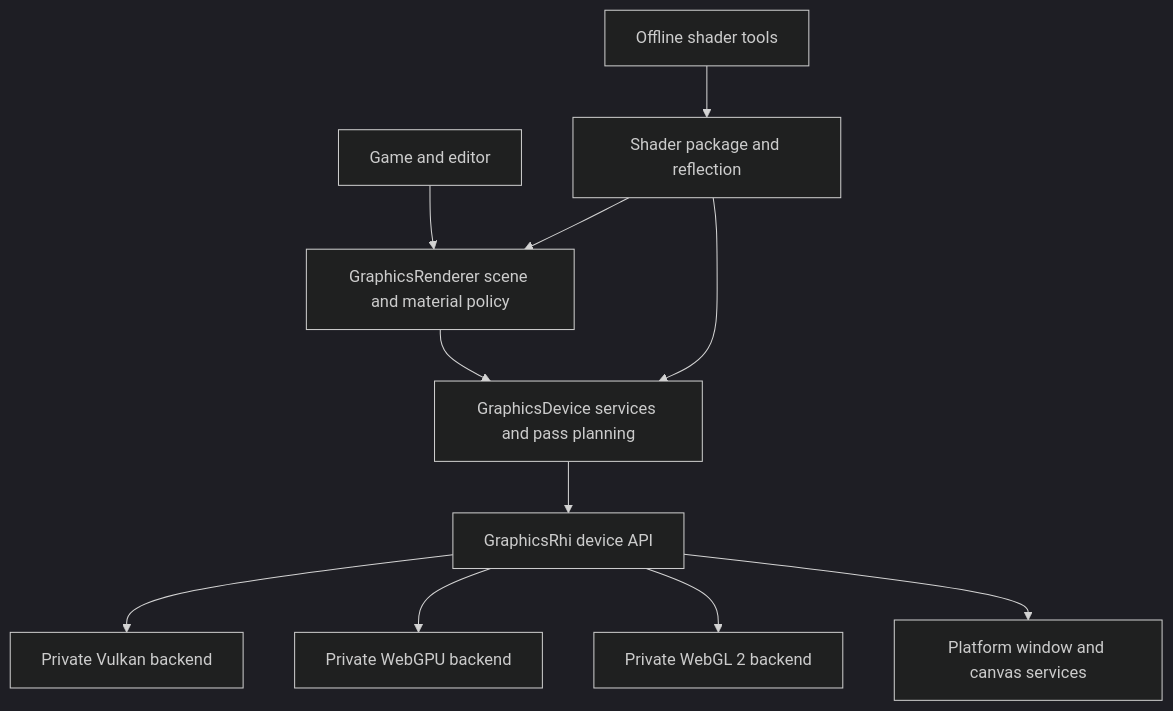
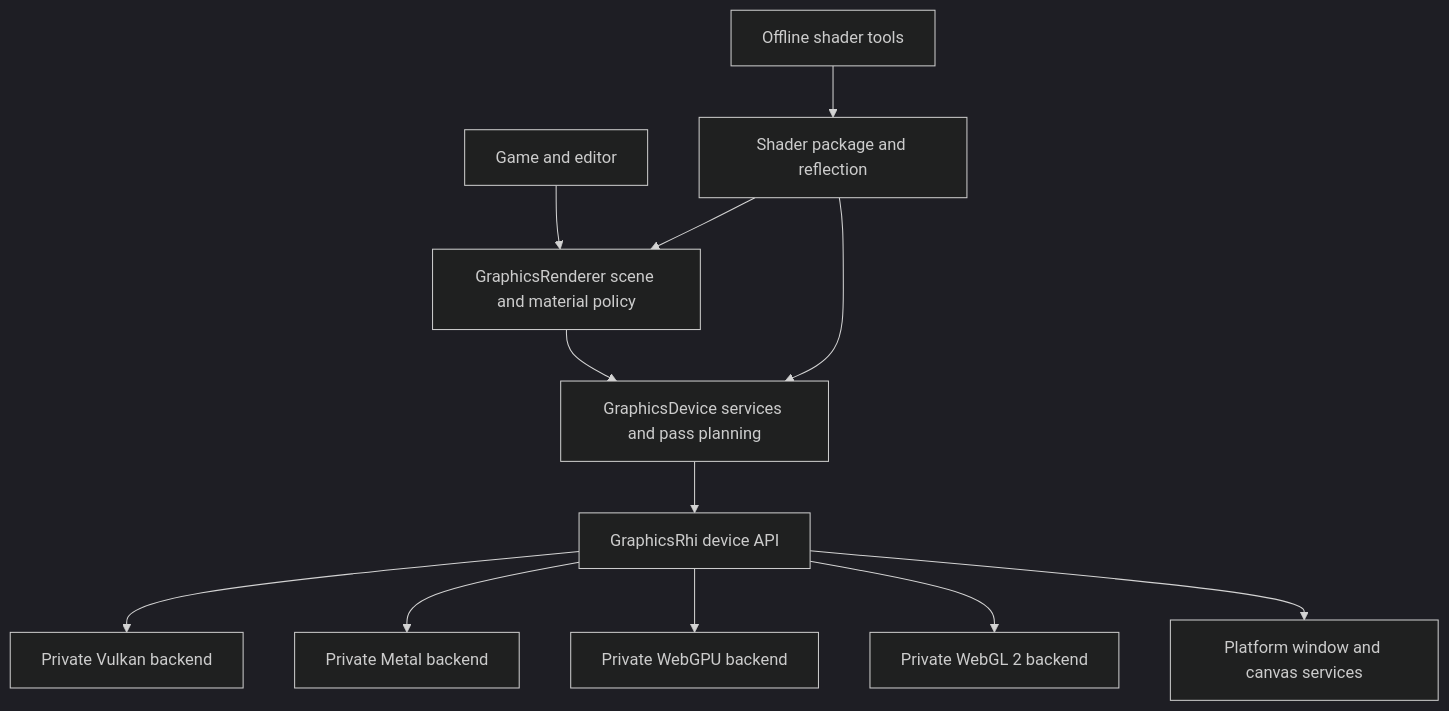
The diagram in docs/architecture/rhi-gdi.md (Alegruz/Ludus), drawn with Mermaid (dark theme) before and after one commit. The commit also changed other lines of this file and 2 other files, not shown here.

Commit message:
docs: plan RHI/GDI research after initial implementation

````diff
--- a/docs/architecture/rhi-gdi.md
+++ b/docs/architecture/rhi-gdi.md
@@ -52,13 +55,14 @@
 ```mermaid
 flowchart TD
     App[Game and editor] --> Renderer[GraphicsRenderer scene and material policy]
     Renderer --> Device[GraphicsDevice services and pass planning]
     Device --> RHI[GraphicsRhi device API]
     RHI --> Vulkan[Private Vulkan backend]
+    RHI --> Metal[Private Metal backend]
     RHI --> WebGPU[Private WebGPU backend]
     RHI --> WebGL[Private WebGL 2 backend]
     RHI --> Platform[Platform window and canvas services]
     Tools[Offline shader tools] --> Package[Shader package and reflection]
     Package --> Renderer
     Package --> Device
 ```
````
